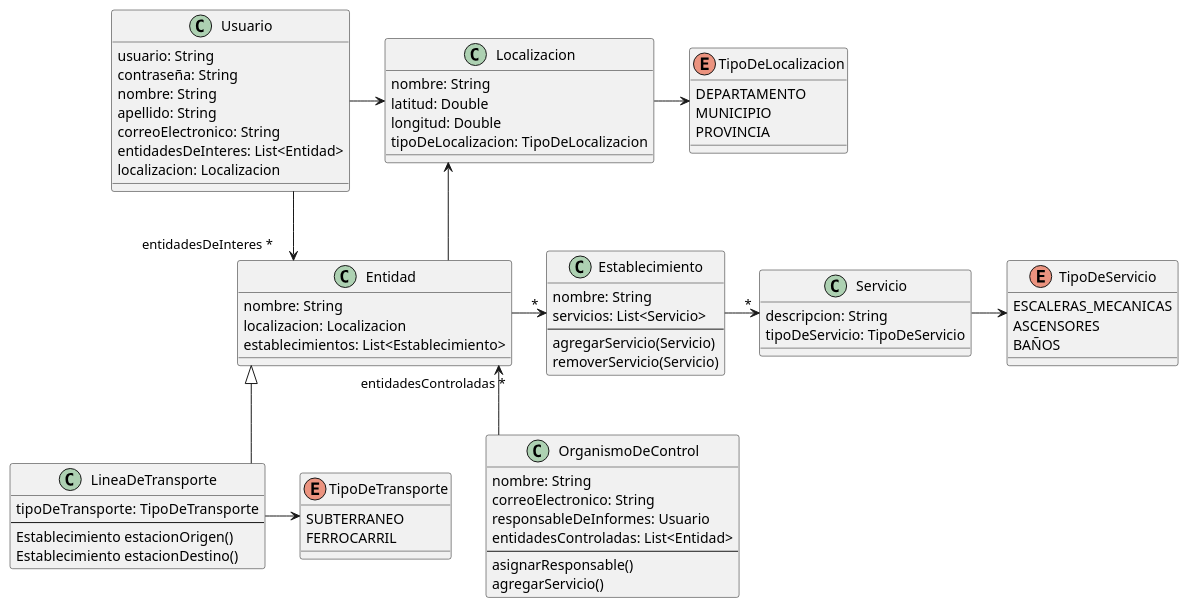
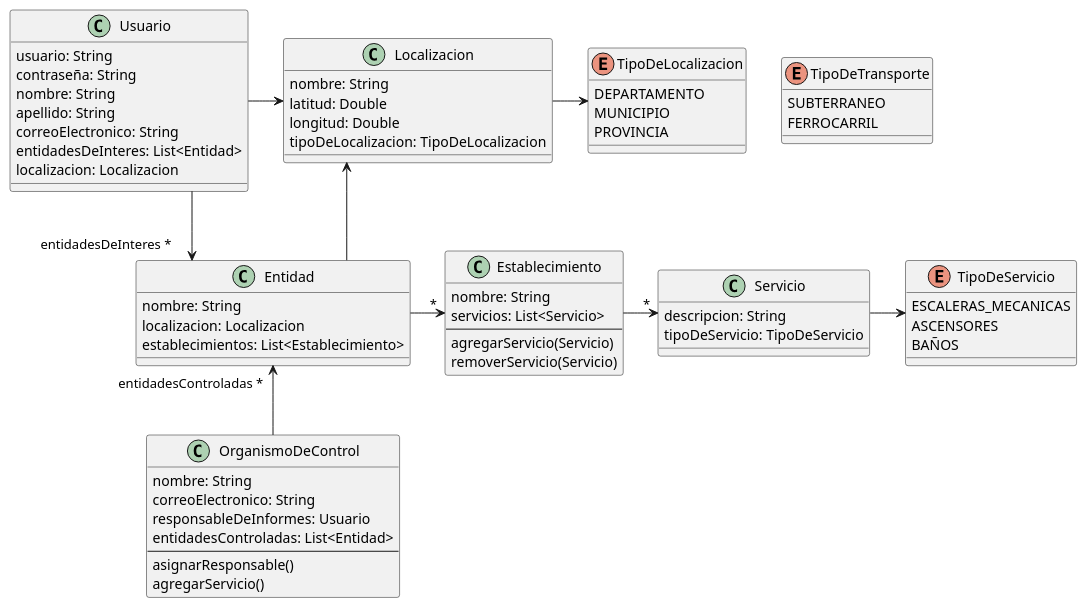
Before and after one commit to ValenAquino/tp-dds-2023: the diagram in docs/entrega-2/clases.puml, drawn with PlantUML. The commit also changed 1 other file, not shown here.

Commit message:
feat(LineaDeTransporte): eliminar subclase

```diff
--- a/docs/entrega-2/clases.puml
+++ b/docs/entrega-2/clases.puml
@@ -1,106 +1,97 @@
 @startuml TPA2-Clases
 skinparam linetype ortho
 
 ' Supermercado, Centro Comunal, Banco, ...
 class Entidad {
   nombre: String
   localizacion: Localizacion
   establecimientos: List<Establecimiento>
 }
 
 ' Sucursal, Estacion, ...
 class Establecimiento {
   nombre: String
   servicios: List<Servicio>
   --
   agregarServicio(Servicio)
   removerServicio(Servicio)
 }
 
 class Servicio {
   descripcion: String
   tipoDeServicio: TipoDeServicio
 }
 
 enum TipoDeServicio {
   ESCALERAS_MECANICAS
   ASCENSORES
   BAÑOS
-}
-
-class LineaDeTransporte {
-  tipoDeTransporte: TipoDeTransporte
-  --
-  Establecimiento estacionOrigen()
-  Establecimiento estacionDestino()
 }
 
 enum TipoDeTransporte {
   SUBTERRANEO
   FERROCARRIL
 }
 
 class Usuario {
   usuario: String
   contraseña: String
   nombre: String
   apellido: String
   correoElectronico: String
   entidadesDeInteres: List<Entidad>
   localizacion: Localizacion
   ' membresias: List<Membresia>
 }
 
 class Localizacion {
   nombre: String
   latitud: Double
   longitud: Double
   tipoDeLocalizacion: TipoDeLocalizacion
 }
 
 enum TipoDeLocalizacion {
   DEPARTAMENTO
   MUNICIPIO
   PROVINCIA
 }
 
 class OrganismoDeControl {
   nombre: String
   correoElectronico: String
   responsableDeInformes: Usuario
   entidadesControladas: List<Entidad>
   --
   asignarResponsable()
   agregarServicio()
 }
 
 Entidad ->"*" Establecimiento
 Establecimiento ->"*" Servicio
 Servicio -> TipoDeServicio
-Entidad <|-- LineaDeTransporte
-LineaDeTransporte -> TipoDeTransporte
 Usuario -->"entidadesDeInteres *" Entidad
 Usuario -> Localizacion
 Localizacion <- Entidad
 Localizacion -> TipoDeLocalizacion
 Entidad "entidadesControladas *"<-- OrganismoDeControl
 
 /'
 
 class Comunidad {
   --
   crearServicio()
 }
 
 class Membresia {
   comunidad: Comunidad
   esAdministrador: Boolean
 }
 
 Comunidad ..> Servicio
 Usuario --> Membresia
 Comunidad <- Membresia
 
 '/
 
 @enduml
```
